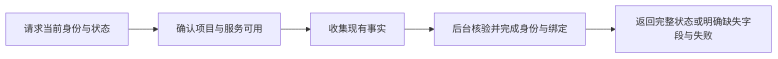
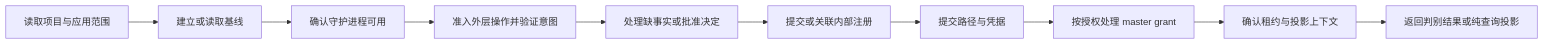
Before and after one commit to Jasonzhangf/appsdk: the diagram in docs/design/collab-identity-minimal-interaction.md, drawn with Mermaid. The commit also changed other lines of this file and 107 other files, not shown here.

````diff
--- a/docs/design/collab-identity-minimal-interaction.md
+++ b/docs/design/collab-identity-minimal-interaction.md
@@ -182,7 +811,12 @@
 ```mermaid
 flowchart LR
-    A[请求当前身份与状态] --> B[确认项目与服务可用]
-    B --> C[收集现有事实]
-    C --> D[后台核验并完成身份与绑定]
-    D --> E[返回完整状态或明确缺失字段与失败]
+    A[读取项目与应用范围] --> B[建立或读取基线]
+    B --> C[确认守护进程可用]
+    C --> D[准入外层操作并验证意图]
+    D --> E[处理缺事实或批准决定]
+    E --> F[提交或关联内部注册]
+    F --> G[提交路径与凭据]
+    G --> H[按授权处理 master grant]
+    H --> I[确认租约与投影上下文]
+    I --> J[返回判别结果或纯查询投影]
 ```
````
